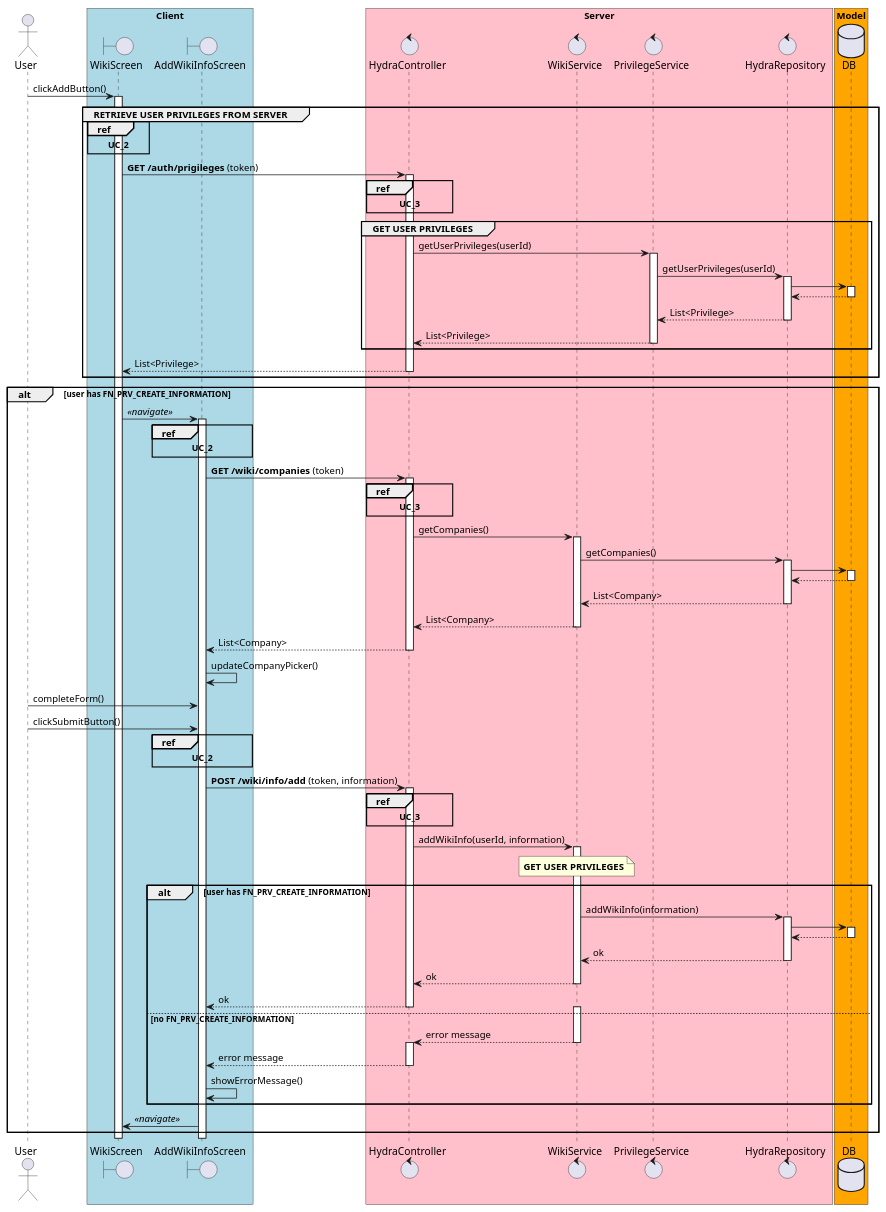
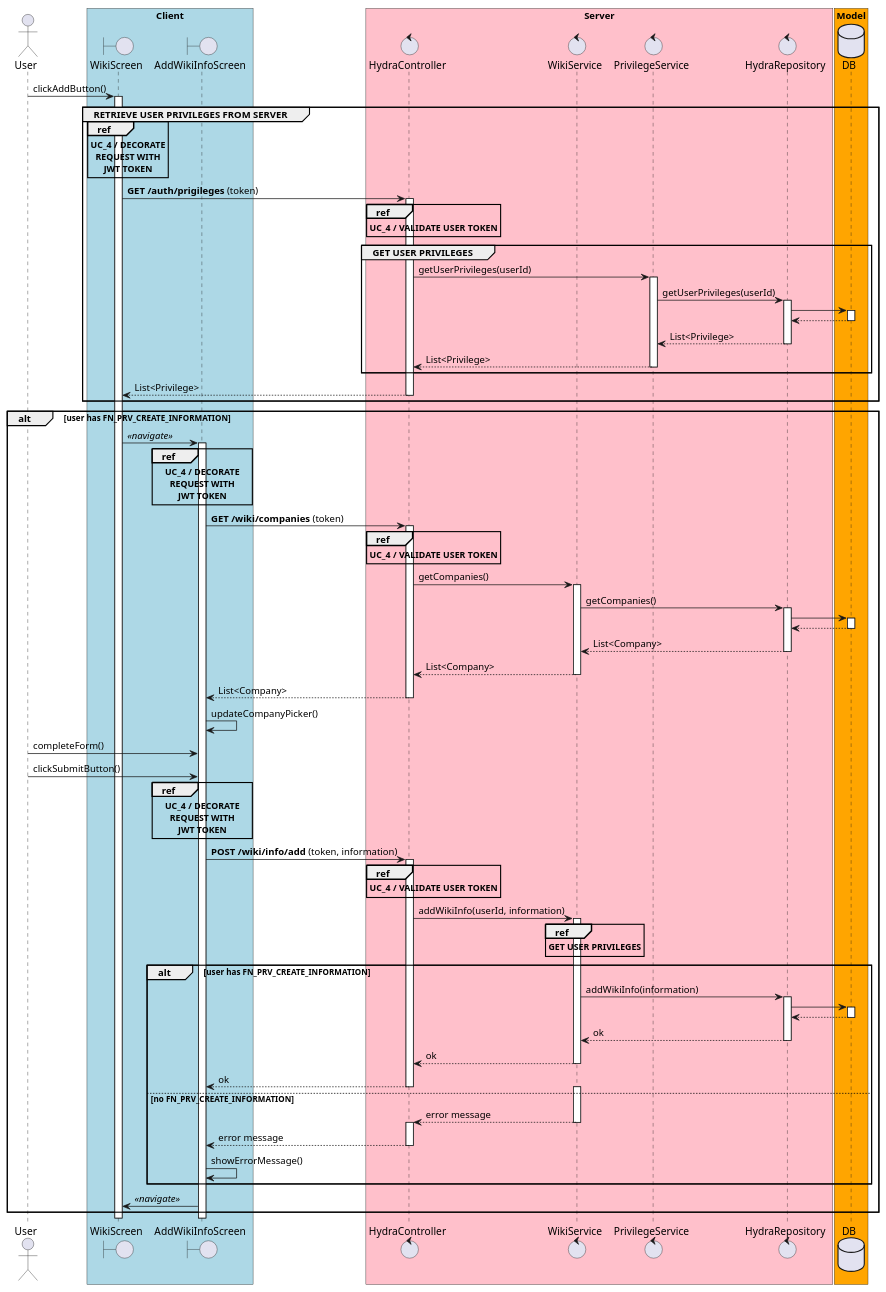
One commit to poznas/hydra-aimo changed the diagram in sequence_diagram_wiki_add.puml. Above: the diagram before and after it, drawn with PlantUML. The commit also changed 16 other files, not shown here.

Commit message:
refactor UC_2, UC_3 to UC_4 nested sequence groups

```diff
--- a/sequence_diagram_wiki_add.puml
+++ b/sequence_diagram_wiki_add.puml
@@ -1,132 +1,132 @@
 @startuml
 actor User
 boundary WikiScreen
 boundary AddWikiInfoScreen
 control HydraController
 control WikiService
 control PrivilegeService
 control HydraRepository
 
 database DB
 
 box "Client" #LightBlue
 participant WikiScreen
 participant AddWikiInfoScreen
 end box
 
 box "Server" #Pink
 control HydraController
 control WikiService
 control PrivilegeService
 control HydraRepository
 end box
 
 box "Model" #Orange
 participant DB
 end box
 
 User -> WikiScreen : clickAddButton()
 activate WikiScreen
 
 group RETRIEVE USER PRIVILEGES FROM SERVER
-    ref over WikiScreen : **UC_2**
+    ref over WikiScreen : **UC_4 / DECORATE**\n**REQUEST WITH**\n**JWT TOKEN**
     WikiScreen -> HydraController : **GET /auth/prigileges** (token)
-    ref over HydraController : **UC_3**
+    ref over HydraController : **UC_4 / VALIDATE USER TOKEN**
 
     activate HydraController
 
     group GET USER PRIVILEGES
         HydraController -> PrivilegeService : getUserPrivileges(userId)
         activate PrivilegeService
         PrivilegeService -> HydraRepository : getUserPrivileges(userId)
         activate HydraRepository
         HydraRepository -> DB
         activate DB
         DB --> HydraRepository
         deactivate DB
         HydraRepository --> PrivilegeService : List<Privilege>
         deactivate HydraRepository
         PrivilegeService --> HydraController : List<Privilege>
         deactivate PrivilegeService
     end
     HydraController --> WikiScreen : List<Privilege>
     deactivate HydraController
 
 end
 
 alt user has FN_PRV_CREATE_INFORMATION
     WikiScreen -> AddWikiInfoScreen : //<< navigate >>//
 
     activate AddWikiInfoScreen
 
-    ref over AddWikiInfoScreen : **UC_2**
+    ref over AddWikiInfoScreen : **UC_4 / DECORATE**\n**REQUEST WITH**\n**JWT TOKEN**
     AddWikiInfoScreen -> HydraController : **GET /wiki/companies** (token)
-    ref over HydraController : **UC_3**
+    ref over HydraController : **UC_4 / VALIDATE USER TOKEN**
 
     activate HydraController
 
     HydraController -> WikiService : getCompanies()
     activate WikiService
     WikiService -> HydraRepository : getCompanies()
     activate HydraRepository
     HydraRepository -> DB
     activate DB
     DB --> HydraRepository
     deactivate DB
     HydraRepository --> WikiService : List<Company>
     deactivate HydraRepository
     WikiService --> HydraController : List<Company>
     deactivate WikiService
 
     HydraController --> AddWikiInfoScreen : List<Company>
     deactivate HydraController
 
     AddWikiInfoScreen -> AddWikiInfoScreen : updateCompanyPicker()
 
 
     User -> AddWikiInfoScreen : completeForm()
     User -> AddWikiInfoScreen : clickSubmitButton()
 
-    ref over AddWikiInfoScreen : **UC_2**
+    ref over AddWikiInfoScreen : **UC_4 / DECORATE**\n**REQUEST WITH**\n**JWT TOKEN**
     AddWikiInfoScreen -> HydraController : **POST /wiki/info/add** (token, information)
-    ref over HydraController : **UC_3**
+    ref over HydraController : **UC_4 / VALIDATE USER TOKEN**
 
     activate HydraController
     HydraController -> WikiService : addWikiInfo(userId, information)
-    note over WikiService : **GET USER PRIVILEGES**
+    ref over WikiService : **GET USER PRIVILEGES**
     activate WikiService
 
     alt user has FN_PRV_CREATE_INFORMATION
 
         WikiService -> HydraRepository : addWikiInfo(information)
         activate HydraRepository
         HydraRepository -> DB
         activate DB
         DB --> HydraRepository
         deactivate DB
         HydraRepository --> WikiService : ok
         deactivate HydraRepository
         WikiService --> HydraController : ok
         deactivate WikiService
         HydraController --> AddWikiInfoScreen : ok
         deactivate HydraController
 
     else no FN_PRV_CREATE_INFORMATION
 
         activate WikiService
 
         WikiService --> HydraController : error message
         deactivate WikiService
         activate HydraController
         HydraController --> AddWikiInfoScreen : error message
         deactivate HydraController
         AddWikiInfoScreen -> AddWikiInfoScreen : showErrorMessage()
 
     end
 
     AddWikiInfoScreen -> WikiScreen : //<< navigate >>//
 
 end
 
 
 @enduml
```
